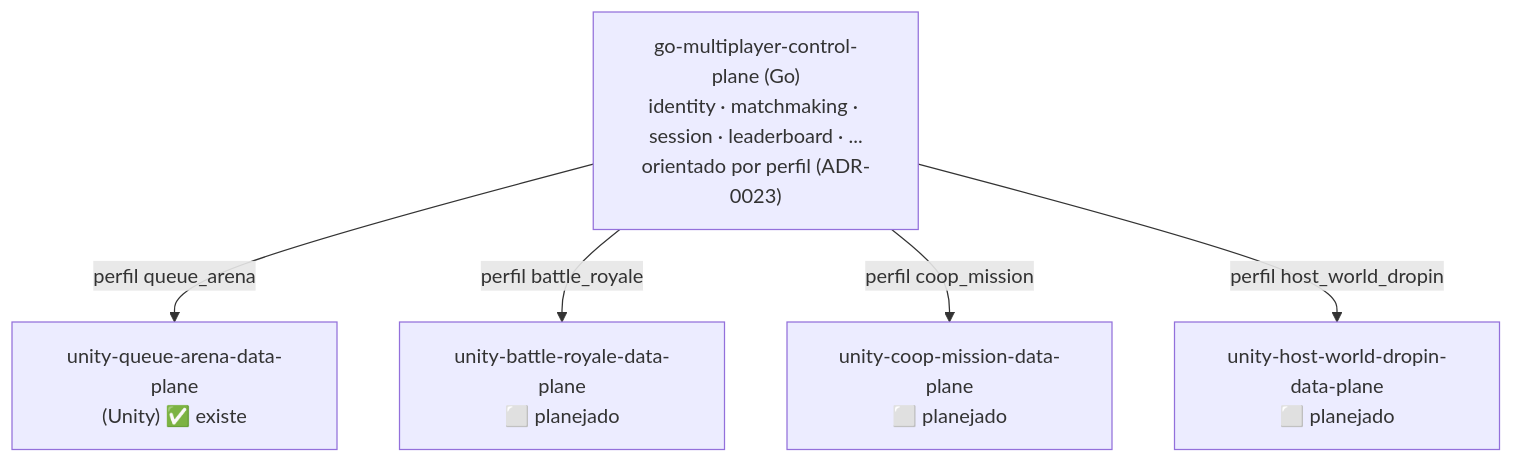
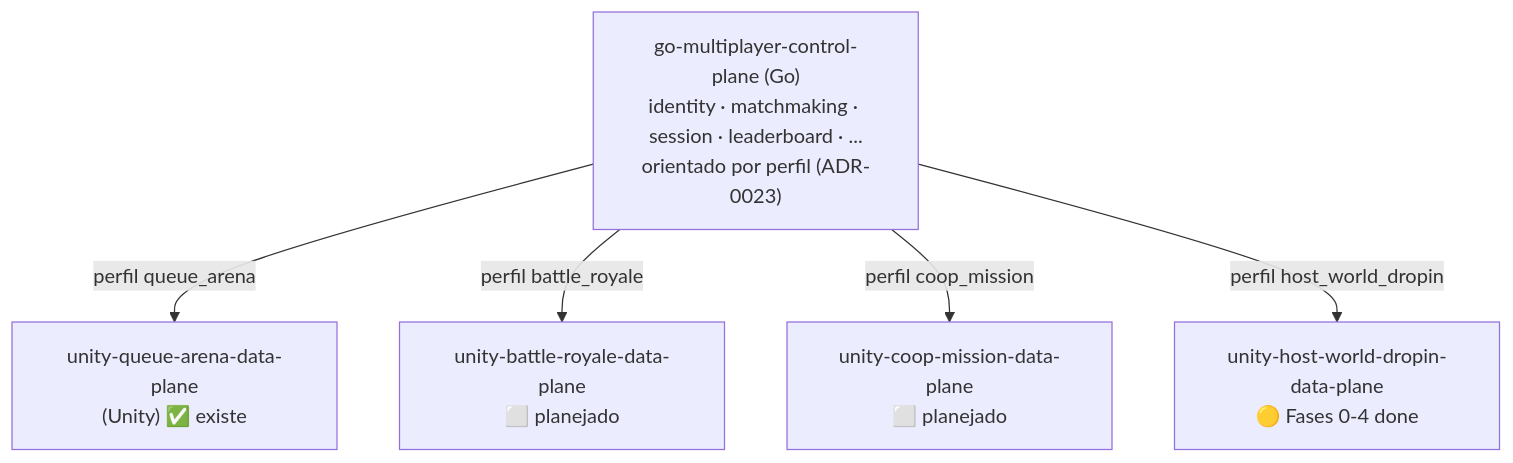
Before and after one commit to vitormartins1/go-multiplayer-control-plane: the diagram in docs/REPO-TOPOLOGY.md, drawn with Mermaid. The commit also changed other lines of this file and 4 other files, not shown here.

First line of the commit message:
docs: corrigir estado do cross-repo host_world_dropin (repo já existe, Fases 0-4 done)

````diff
--- a/docs/REPO-TOPOLOGY.md
+++ b/docs/REPO-TOPOLOGY.md
@@ -37,12 +37,12 @@
 ```mermaid
 flowchart TB
   CP["go-multiplayer-control-plane (Go)<br/>identity · matchmaking · session · leaderboard · ...<br/>orientado por perfil (ADR-0023)"]
   QA["unity-queue-arena-data-plane<br/>(Unity) ✅ existe"]
   BR["unity-battle-royale-data-plane<br/>⬜ planejado"]
   CM["unity-coop-mission-data-plane<br/>⬜ planejado"]
-  HW["unity-host-world-dropin-data-plane<br/>⬜ planejado"]
+  HW["unity-host-world-dropin-data-plane<br/>🟡 Fases 0-4 done"]
   CP -- "perfil queue_arena" --> QA
   CP -- "perfil battle_royale" --> BR
   CP -- "perfil coop_mission" --> CM
   CP -- "perfil host_world_dropin" --> HW
 ```
````
